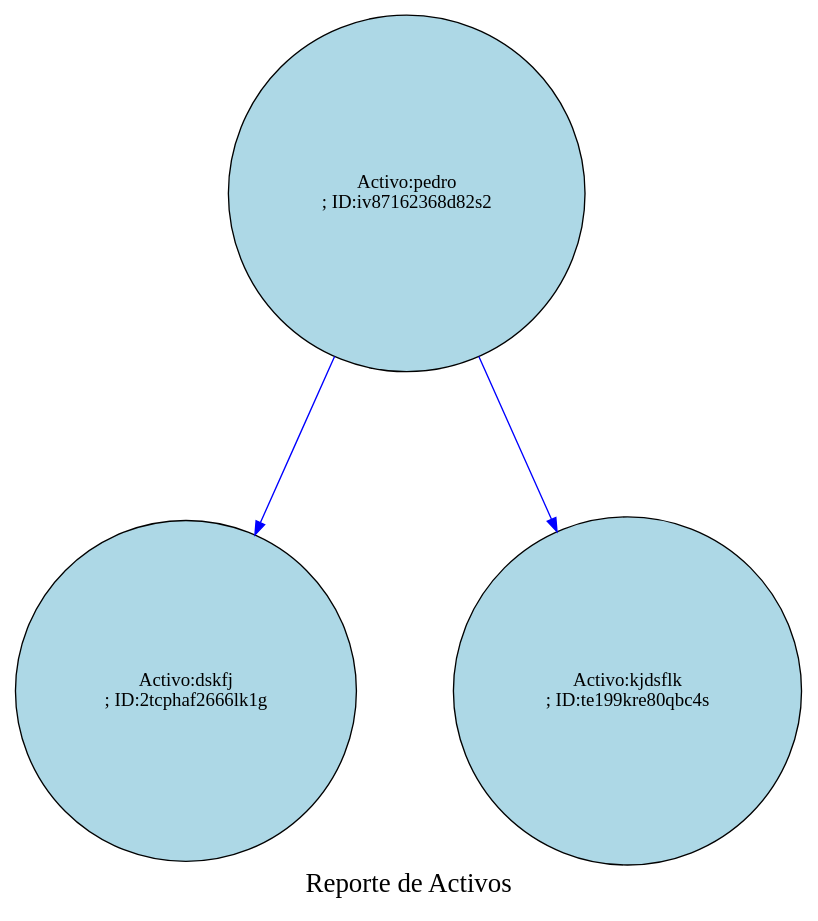
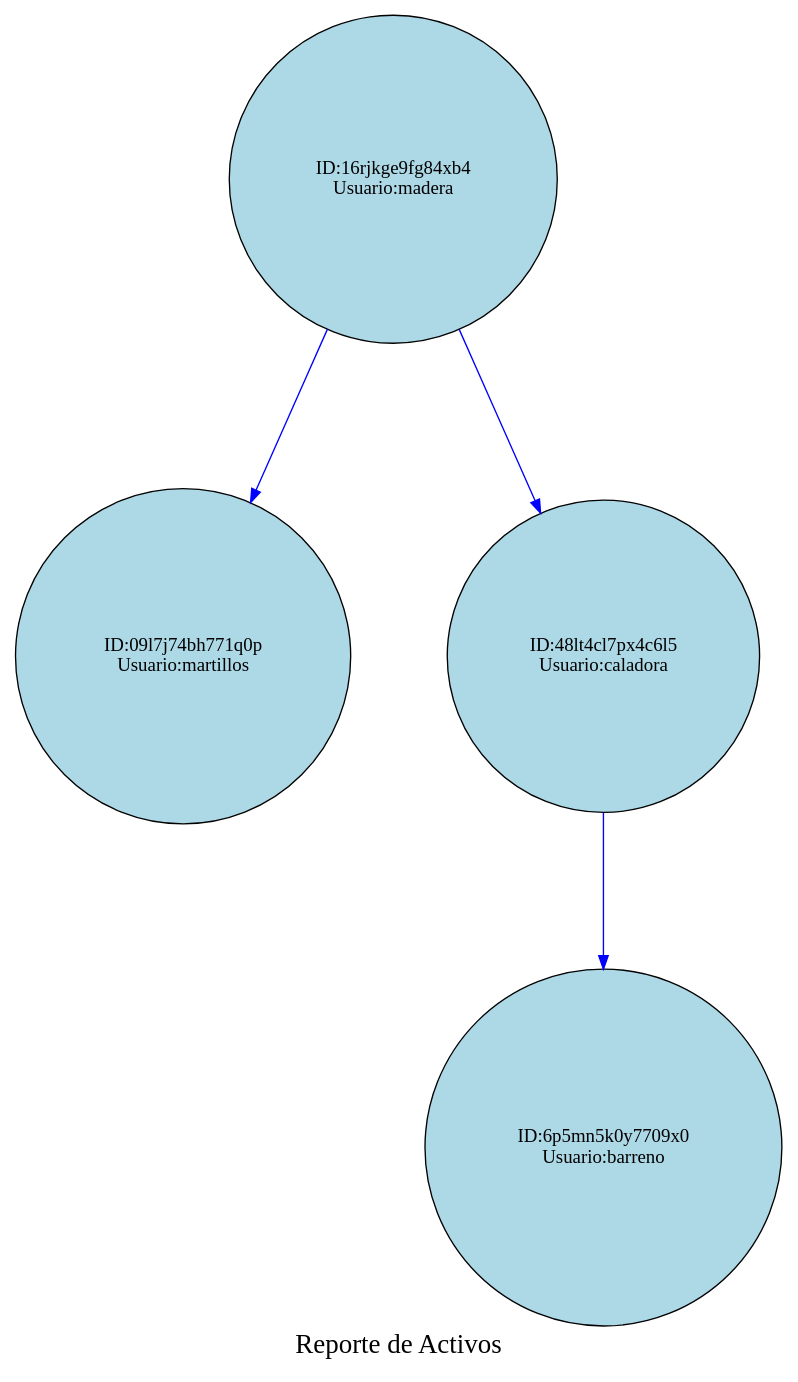
The diagram in Proyecto1/cmake-build-debug/reporteArbolAVL.dot (Ennero/EDD_Proyecto1_Vacas2_202302220), drawn with Graphviz before and after one commit. The commit also changed 21 other files, not shown here.

```diff
--- a/Proyecto1/cmake-build-debug/reporteArbolAVL.dot
+++ b/Proyecto1/cmake-build-debug/reporteArbolAVL.dot
@@ -1,13 +1,16 @@
 digraph AVLTree {
     node [shape=circle,style=filled, fillcolor=lightblue, margin=0.2];
 edge [style=solid, color=blue];
  graph [ranksep=1.5, nodesep=1];graph [label="Reporte de Activos", fontsize=20, fontcolor=black];
-    "iv87162368d82s2" [label="Activo:pedro
-; ID:iv87162368d82s2"];
-    "iv87162368d82s2" -> "2tcphaf2666lk1g";
-    "2tcphaf2666lk1g" [label="Activo:dskfj
-; ID:2tcphaf2666lk1g"];
-    "iv87162368d82s2" -> "te199kre80qbc4s";
-    "te199kre80qbc4s" [label="Activo:kjdsflk
-; ID:te199kre80qbc4s"];
+    "16rjkge9fg84xb4" [label="ID:16rjkge9fg84xb4
+Usuario:madera"];
+    "16rjkge9fg84xb4" -> "09l7j74bh771q0p";
+    "09l7j74bh771q0p" [label="ID:09l7j74bh771q0p
+Usuario:martillos"];
+    "16rjkge9fg84xb4" -> "48lt4cl7px4c6l5";
+    "48lt4cl7px4c6l5" [label="ID:48lt4cl7px4c6l5
+Usuario:caladora"];
+    "48lt4cl7px4c6l5" -> "6p5mn5k0y7709x0";
+    "6p5mn5k0y7709x0" [label="ID:6p5mn5k0y7709x0
+Usuario:barreno"];
 }
```
